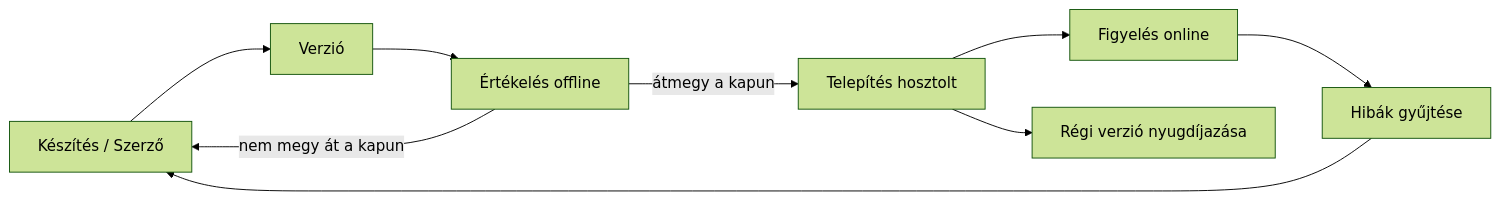
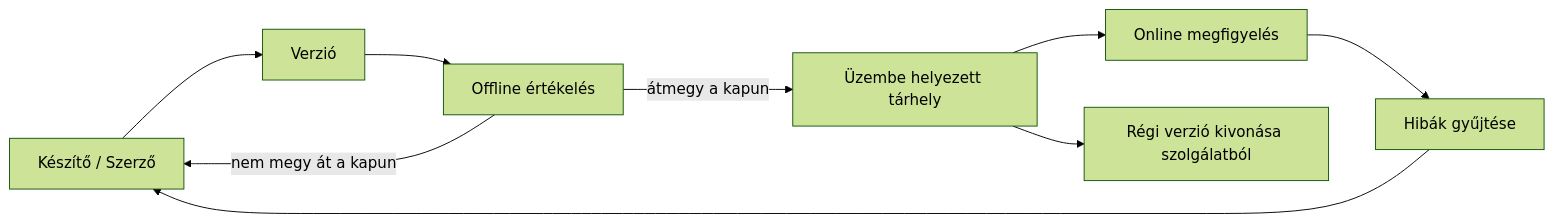
The second of 4 diagrams in translations/hu/16-deploying-scalable-agents/README.md (microsoft/ai-agents-for-beginners), drawn with Mermaid (forest theme) before and after one commit. The commit also changed other lines of this file and 47 other files, not shown here.

````diff
--- a/translations/hu/16-deploying-scalable-agents/README.md
+++ b/translations/hu/16-deploying-scalable-agents/README.md
@@ -108,11 +108,11 @@
 ```mermaid
 flowchart LR
-    Create[Készítés / Szerző] --> Version[Verzió]
-    Version --> Evaluate[Értékelés offline]
-    Evaluate -->|átmegy a kapun| Deploy[Telepítés hosztolt]
+    Create[Készítő / Szerző] --> Version[Verzió]
+    Version --> Evaluate[Offline értékelés]
+    Evaluate -->|átmegy a kapun| Deploy[Üzembe helyezett tárhely]
     Evaluate -->|nem megy át a kapun| Create
-    Deploy --> Observe[Figyelés online]
+    Deploy --> Observe[Online megfigyelés]
     Observe --> Improve[Hibák gyűjtése]
     Improve --> Create
-    Deploy --> Retire[Régi verzió nyugdíjazása]
+    Deploy --> Retire[Régi verzió kivonása szolgálatból]
 ```
````
